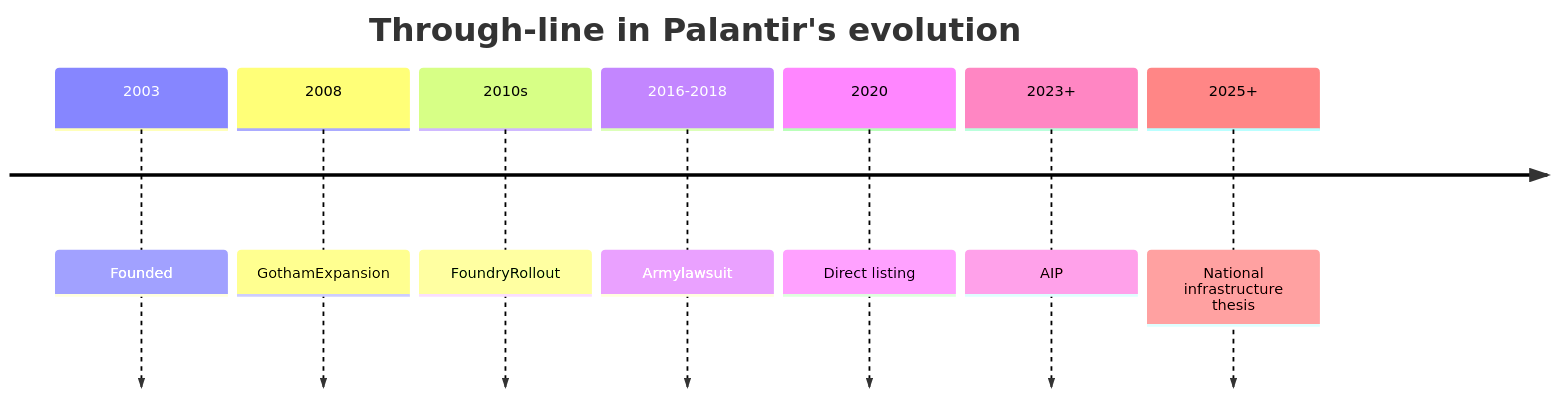
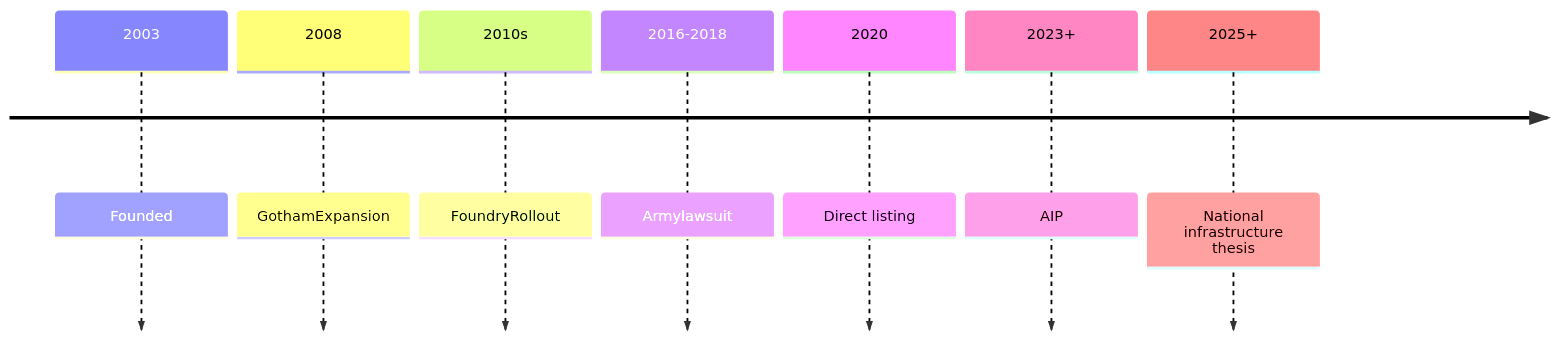
The second of 5 diagrams in articles/report/palantir-operational-ai-platform/en/index.mdx (daylight55/research), drawn with Mermaid before and after one commit. The commit also changed other lines of this file and 181 other files, not shown here.

First line of the commit message:
全記事の図解368点を再生成し、共通注意書きを削除 (#402)

````diff
--- a/articles/report/palantir-operational-ai-platform/en/index.mdx
+++ b/articles/report/palantir-operational-ai-platform/en/index.mdx
@@ -57,11 +64,14 @@
 ```mermaid
 timeline
-  title Through-line in Palantir's evolution
+  accTitle: Milestones in Palantir's business and products
+  accDescr: Trace the chronology from founding through Gotham, Foundry, listing and AIP; use the architecture figure for product roles.
+  accTitle: Milestones in Palantir's business and products
+  accDescr: Trace the chronology from founding through Gotham, Foundry, listing and AIP; use the architecture figure for product roles.
   2003 : Founded
   2008 : GothamExpansion
   2010s : FoundryRollout
   2016-2018 : Armylawsuit
   2020 : Direct listing
   2023+ : AIP
   2025+ : National infrastructure thesis
 ```
````
